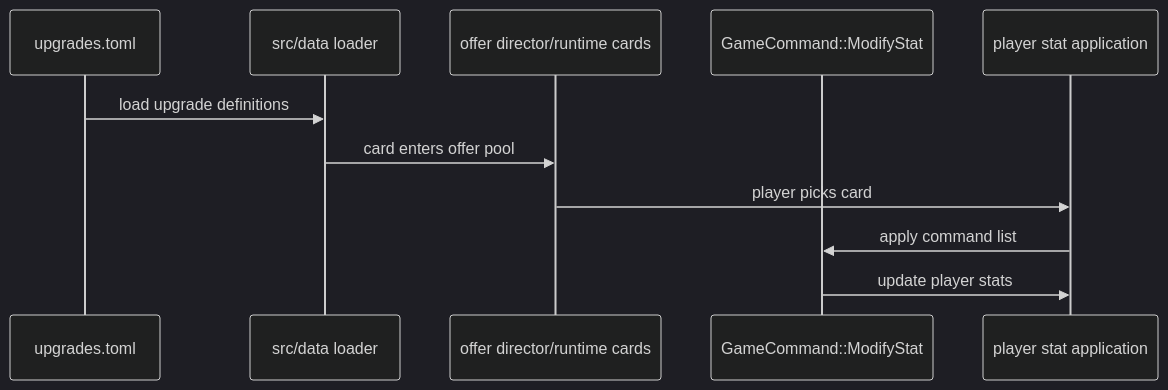
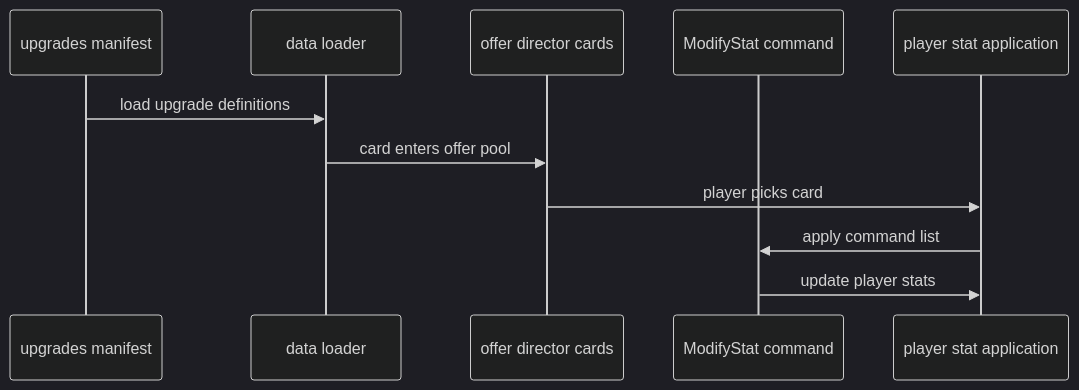
One commit to soulwax/EchoWiki changed the second of 3 diagrams in src/content/docs/pages/guides/example-upgrade-card.md. Above: the diagram before and after it, drawn with Mermaid (dark theme). The commit also changed 28 other files, not shown here.

Commit message:
docs: deepen architecture wiki and automate audits

````diff
--- a/src/content/docs/pages/guides/example-upgrade-card.md
+++ b/src/content/docs/pages/guides/example-upgrade-card.md
@@ -79,14 +79,14 @@
 ```mermaid
 sequenceDiagram
-    participant TOML as upgrades.toml
-    participant Data as src/data loader
-    participant Offer as offer director/runtime cards
-    participant Command as GameCommand::ModifyStat
+    participant TOML as upgrades manifest
+    participant Data as data loader
+    participant Offer as offer director cards
+    participant Command as ModifyStat command
     participant Runtime as player stat application
 
     TOML->>Data: load upgrade definitions
     Data->>Offer: card enters offer pool
     Offer->>Runtime: player picks card
     Runtime->>Command: apply command list
     Command->>Runtime: update player stats
 ```
````
